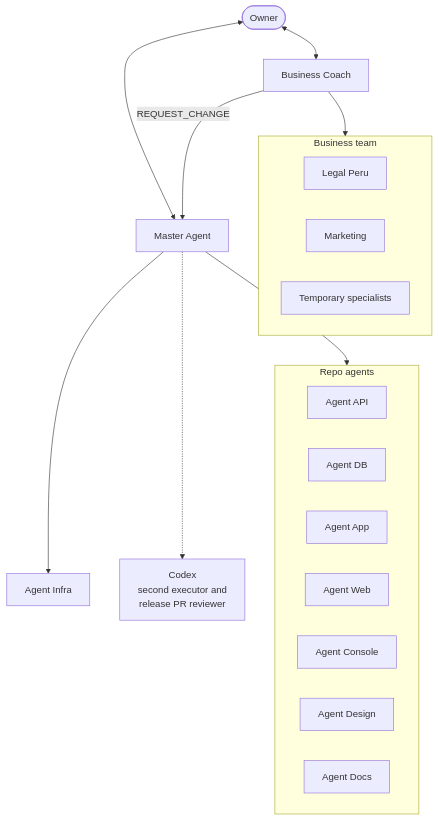
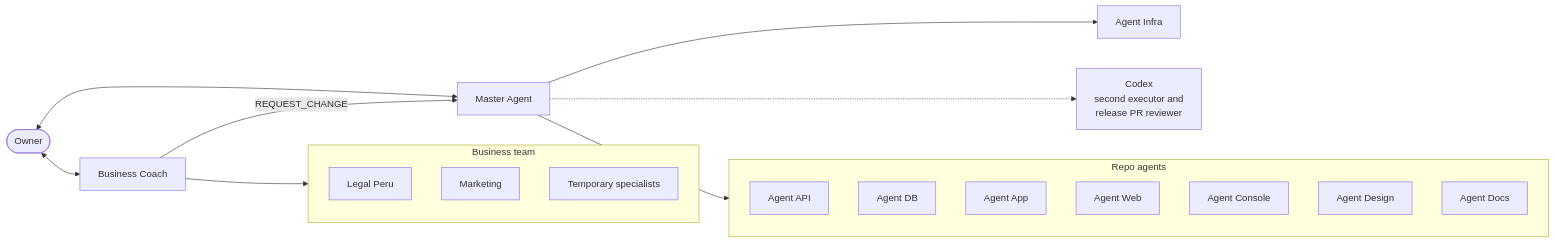
One commit to Gelpy/gelpy changed the diagram in docs/framework/overview.md. Above: the diagram before and after it, drawn with Mermaid. The commit also changed 5 other files, not shown here.

First line of the commit message:
docs: make the framework diagrams readable at page width (001-021)

````diff
--- a/docs/framework/overview.md
+++ b/docs/framework/overview.md
@@ -32,32 +32,32 @@
 ```mermaid
-flowchart TB
+flowchart LR
   owner([Owner])
   master[Master Agent]
   coach[Business Coach]
   infra[Agent Infra]
   codex[Codex<br/>second executor and<br/>release PR reviewer]
 
   subgraph repos[Repo agents]
     api[Agent API]
     db[Agent DB]
     app[Agent App]
     web[Agent Web]
     console[Agent Console]
     design[Agent Design]
     docs[Agent Docs]
   end
 
   subgraph team[Business team]
     legal[Legal Peru]
     marketing[Marketing]
     temp[Temporary specialists]
   end
 
   owner <--> master
   owner <--> coach
   master --> infra
   master --> repos
   master -.-> codex
   coach --> team
   coach -->|REQUEST_CHANGE| master
 ```
````
